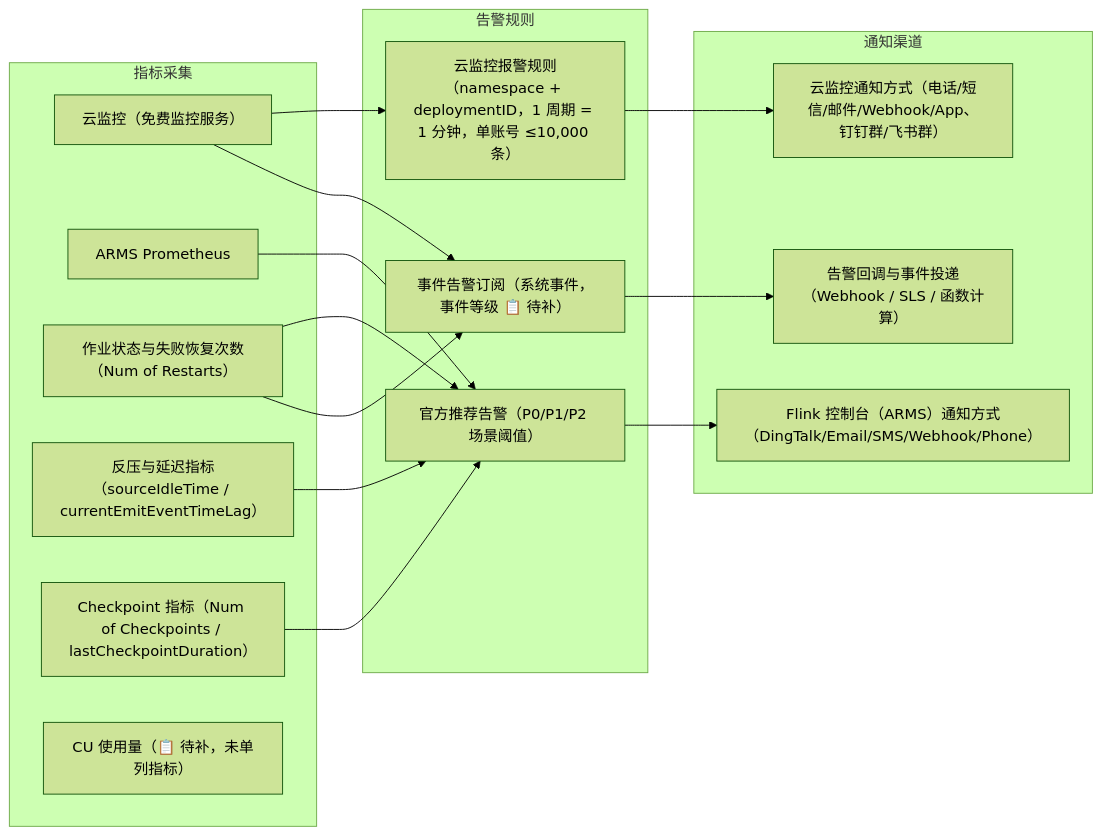
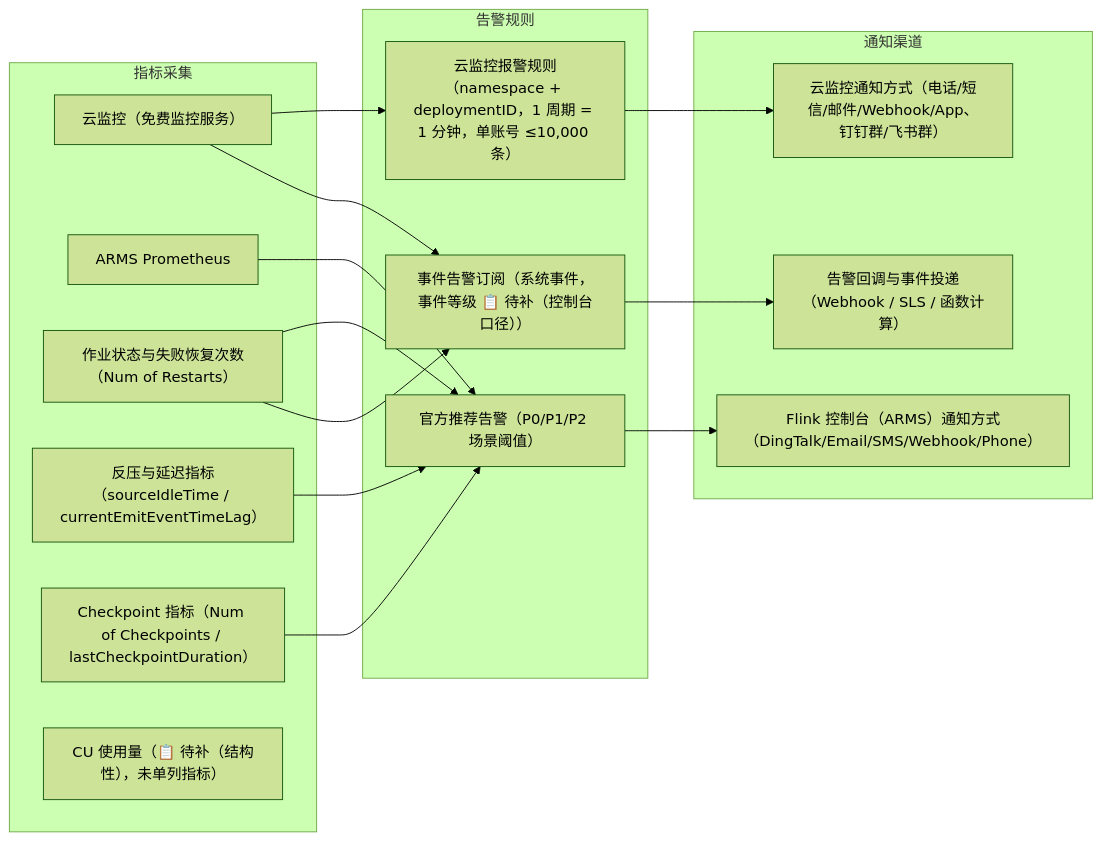
Before and after one commit to kudig-io/checky: the diagram in products/flink/09-监控与告警.md, drawn with Mermaid (forest theme). The commit also changed other lines of this file and 103 other files, not shown here.

````diff
--- a/products/flink/09-监控与告警.md
+++ b/products/flink/09-监控与告警.md
@@ -7,31 +7,31 @@
 ```mermaid
 flowchart LR
   subgraph S1["指标采集"]
     M1["云监控（免费监控服务）"]
     M2["ARMS Prometheus"]
     M3["作业状态与失败恢复次数（Num of Restarts）"]
     M4["反压与延迟指标（sourceIdleTime / currentEmitEventTimeLag）"]
     M5["Checkpoint 指标（Num of Checkpoints / lastCheckpointDuration）"]
-    M6["CU 使用量（📋 待补，未单列指标）"]
+    M6["CU 使用量（📋 待补（结构性），未单列指标）"]
   end
   subgraph S2["告警规则"]
     R1["云监控报警规则（namespace + deploymentID，1 周期 = 1 分钟，单账号 ≤10,000 条）"]
     R2["官方推荐告警（P0/P1/P2 场景阈值）"]
-    R3["事件告警订阅（系统事件，事件等级 📋 待补）"]
+    R3["事件告警订阅（系统事件，事件等级 📋 待补（控制台口径））"]
   end
   subgraph S3["通知渠道"]
     N1["云监控通知方式（电话/短信/邮件/Webhook/App、钉钉群/飞书群）"]
     N2["Flink 控制台（ARMS）通知方式（DingTalk/Email/SMS/Webhook/Phone）"]
     N3["告警回调与事件投递（Webhook / SLS / 函数计算）"]
   end
   M1 --> R1
   M1 --> R3
   M2 --> R2
   M3 --> R2
   M3 --> R3
   M4 --> R2
   M5 --> R2
   R1 --> N1
   R2 --> N2
   R3 --> N3
 ```
````
